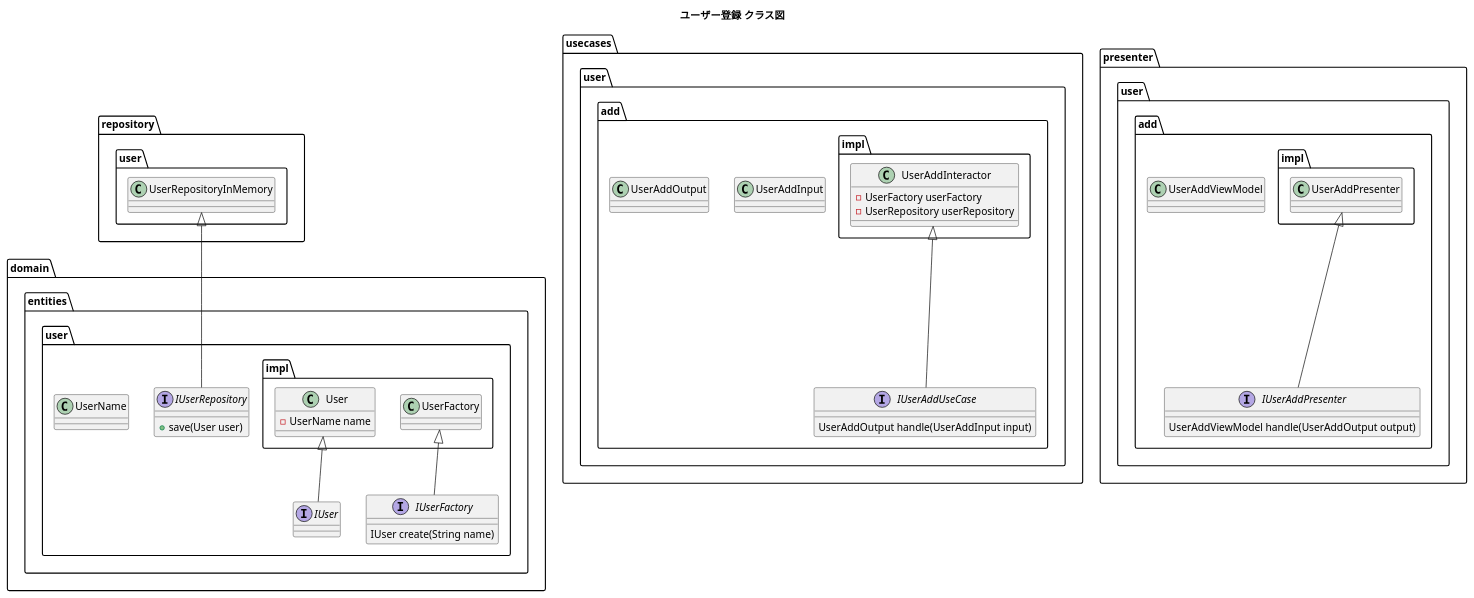
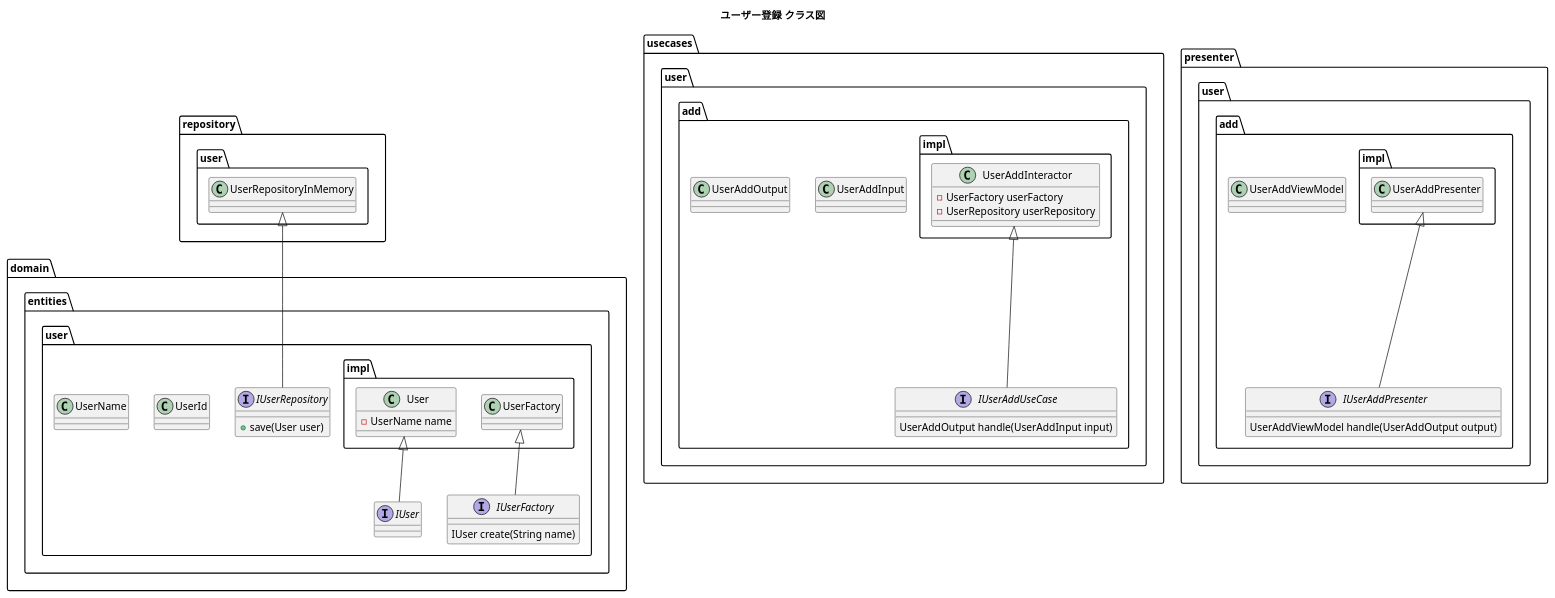
The diagram in docs/class.pu (choimake/clean-architecture-with-springboot), drawn with PlantUML before and after one commit. The commit also changed 6 other files, not shown here.

```diff
--- a/docs/class.pu
+++ b/docs/class.pu
@@ -1,79 +1,81 @@
 @startuml
 title ユーザー登録 クラス図
 
 ' 参考
 ' - https://www.baeldung.com/spring-boot-clean-architecture
 ' - https://nrslib.com/clean-architecture-with-java/
 
 package domain.entities.user {
     ' Data Access Interface
     interface IUserRepository {
         + save(User user)
     }
 
     interface IUser
 
     interface IUserFactory {
         IUser create(String name)
     }
 
+    ' Value Object
+    class UserId
     ' Value Object
     class UserName
 
     package domain.entities.user.impl {
         User <|-- IUser
         UserFactory <|-- IUserFactory
 
         class User {
             - UserName name
         }
     }
 }
 
 package usecases {
     package usecases.user.add {
 
         ' Input Data<DS>
         class UserAddInput
 
         ' Output Data<DS>
         class UserAddOutput
 
         ' Input Boundary
         interface IUserAddUseCase {
             UserAddOutput handle(UserAddInput input)
         }
 
         package usecases.user.add.impl {
             UserAddInteractor <|-- IUserAddUseCase
 
             class UserAddInteractor {
                 - UserFactory userFactory
                 - UserRepository userRepository
             }
         }
     }
 }
 
 package presenter {
     package presenter.user.add {
         ' ViewModel
         class UserAddViewModel
         ' Output Boundary
         interface IUserAddPresenter {
             UserAddViewModel handle(UserAddOutput output)
         }
 
         package presenter.user.add.impl {
             UserAddPresenter <|-- IUserAddPresenter
         }
     }
 }
 
 package repository {
     package repository.user {
         UserRepositoryInMemory <|-- IUserRepository
     }
 }
 
 @enduml
```
